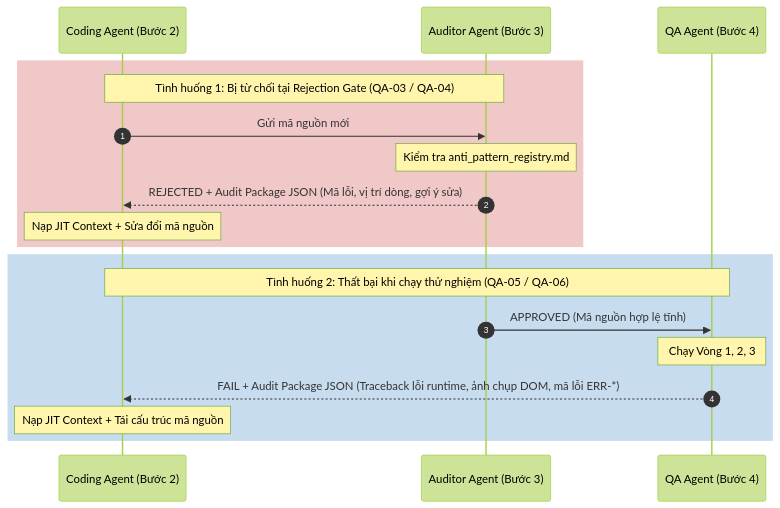
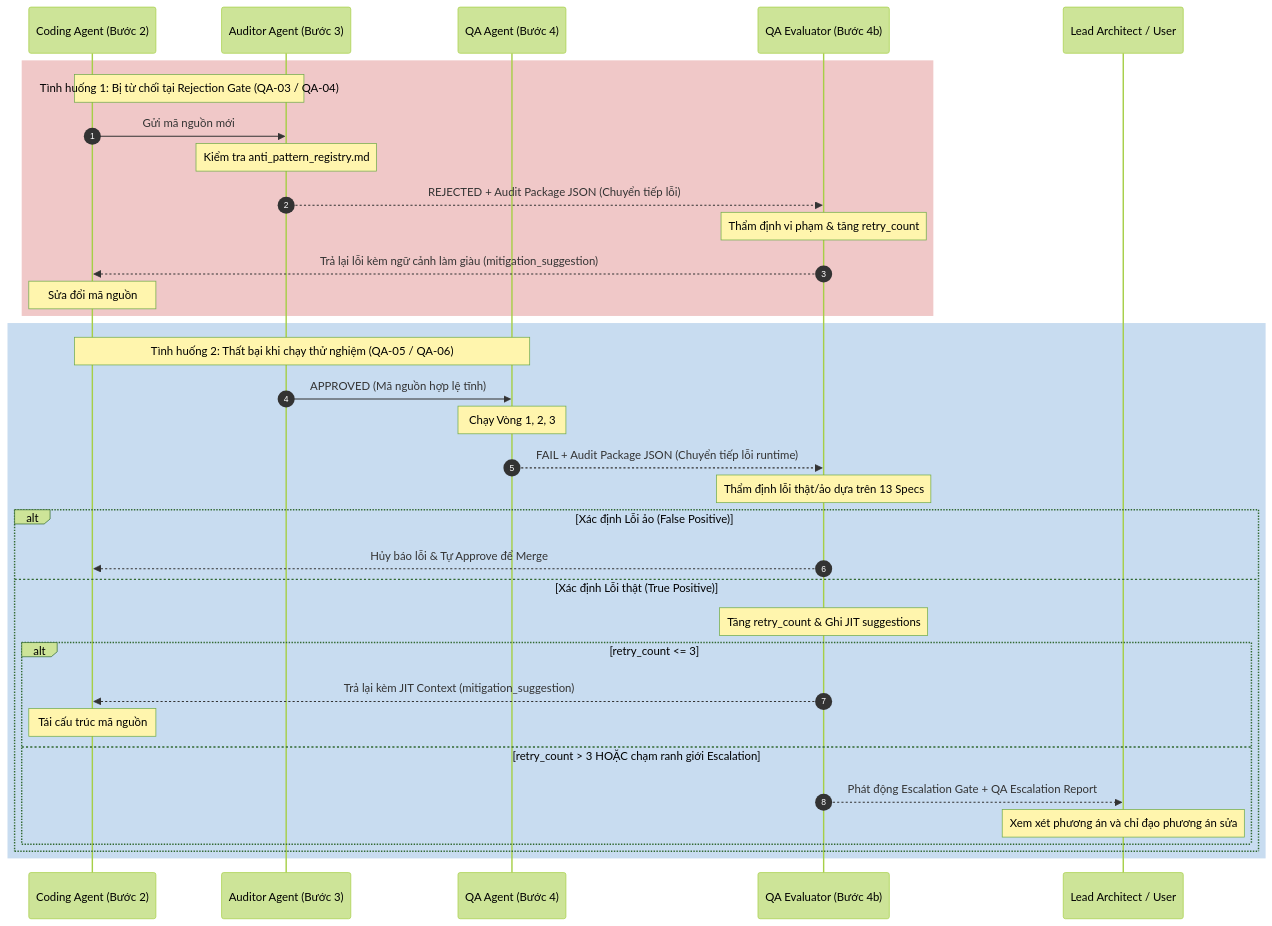
One commit to quocanvo433-art/agent_harness changed the diagram in workflow/4step_assembly.md. Above: the diagram before and after it, drawn with Mermaid (forest theme). The commit also changed other lines of this file and 2 other files, not shown here.

Commit message:
feat(harness): integrate QA Evaluator referee gate and retry_count tracking

````diff
--- a/workflow/4step_assembly.md
+++ b/workflow/4step_assembly.md
@@ -193,23 +219,39 @@
 ```mermaid
 sequenceDiagram
     autonumber
     participant CA as Coding Agent (Bước 2)
     participant AUD as Auditor Agent (Bước 3)
     participant QA as QA Agent (Bước 4)
+    participant EVAL as QA Evaluator (Bước 4b)
+    participant LEAD as Lead Architect / User
     
     rect rgb(240, 200, 200)
     Note over CA, AUD: Tình huống 1: Bị từ chối tại Rejection Gate (QA-03 / QA-04)
     CA->>AUD: Gửi mã nguồn mới
     Note over AUD: Kiểm tra anti_pattern_registry.md
-    AUD-->>CA: REJECTED + Audit Package JSON (Mã lỗi, vị trí dòng, gợi ý sửa)
-    Note over CA: Nạp JIT Context + Sửa đổi mã nguồn
+    AUD-->>EVAL: REJECTED + Audit Package JSON (Chuyển tiếp lỗi)
+    Note over EVAL: Thẩm định vi phạm & tăng retry_count
+    EVAL-->>CA: Trả lại lỗi kèm ngữ cảnh làm giàu (mitigation_suggestion)
+    Note over CA: Sửa đổi mã nguồn
     end
     
     rect rgb(200, 220, 240)
     Note over CA, QA: Tình huống 2: Thất bại khi chạy thử nghiệm (QA-05 / QA-06)
     AUD->>QA: APPROVED (Mã nguồn hợp lệ tĩnh)
     Note over QA: Chạy Vòng 1, 2, 3
-    QA-->>CA: FAIL + Audit Package JSON (Traceback lỗi runtime, ảnh chụp DOM, mã lỗi ERR-*)
-    Note over CA: Nạp JIT Context + Tái cấu trúc mã nguồn
+    QA-->>EVAL: FAIL + Audit Package JSON (Chuyển tiếp lỗi runtime)
+    Note over EVAL: Thẩm định lỗi thật/ảo dựa trên 13 Specs
+    alt Xác định Lỗi ảo (False Positive)
+        EVAL-->>CA: Hủy báo lỗi & Tự Approve để Merge
+    else Xác định Lỗi thật (True Positive)
+        Note over EVAL: Tăng retry_count & Ghi JIT suggestions
+        alt retry_count <= 3
+            EVAL-->>CA: Trả lại kèm JIT Context (mitigation_suggestion)
+            Note over CA: Tái cấu trúc mã nguồn
+        else retry_count > 3 HOẶC chạm ranh giới Escalation
+            EVAL-->>LEAD: Phát động Escalation Gate + QA Escalation Report
+            Note over LEAD: Xem xét phương án và chỉ đạo phương án sửa
+        end
+    end
     end
 ```
````
